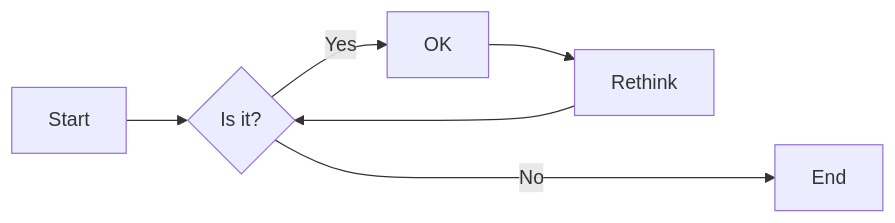
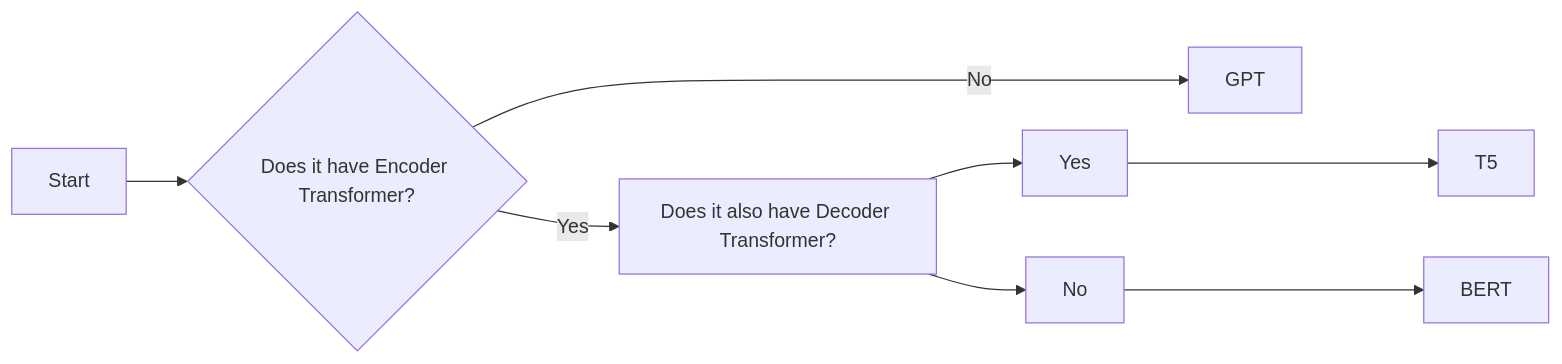
The diagram in README.md (yancong222/scriptscz), drawn with Mermaid before and after one commit. The commit also changed other lines of this file, not shown here.

````diff
--- a/README.md
+++ b/README.md
@@ -19,12 +3,12 @@
 ```mermaid
 flowchart LR
-    A[Start] --> B{Is it?}
-    B -- Yes --> C[OK]
-    C --> D[Rethink]
-    D --> B
-    B -- No ----> E[End]
+    A[Start] --> B{Does it have Encoder Transformer?}
+    B -- Yes --> C[Does it also have Decoder Transformer?]
+    C --> D[Yes] ----> F[T5]
+    C --> E[No] ----> G[BERT]
+    B -- No ----> H[GPT]
     click A "https://github.com/yancong222/scriptscz/blob/main/perplexity/ed_perplexity.py" _blank
     click B "http://www.github.com" "Open this in a new tab" _blank
     click C href "http://www.github.com" _blank
     click D href "http://www.github.com" "Open this in a new tab" _blank
 ```
````
